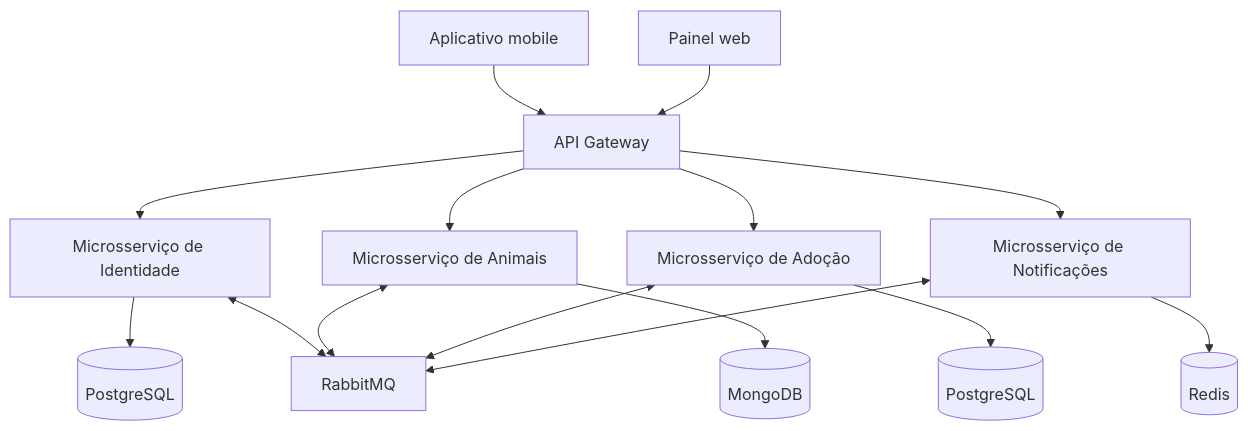
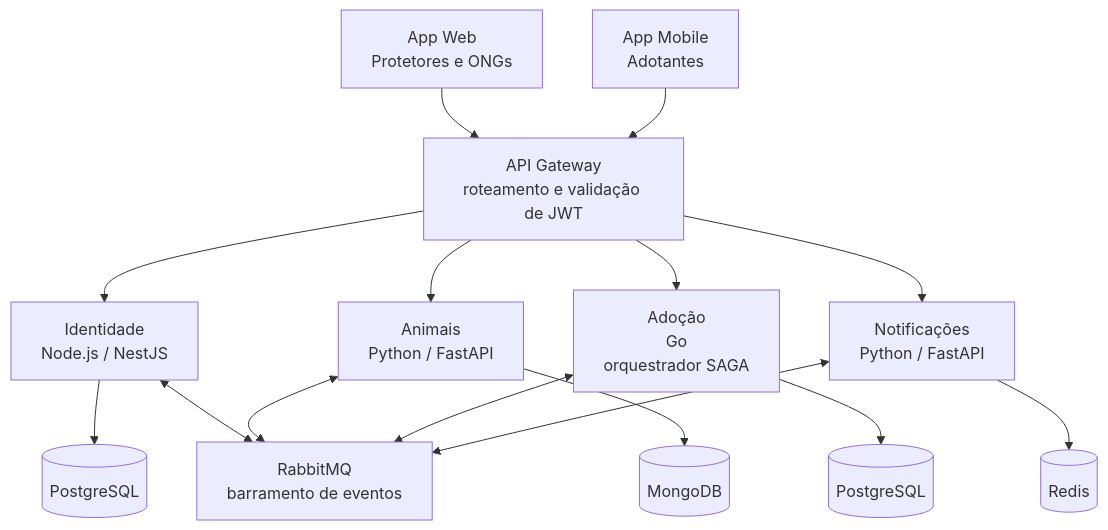
Before and after one commit to gxbreus/ampara: the first of 2 diagrams in docs/arquitetura.md, drawn with Mermaid. The commit also changed other lines of this file and 2 other files, not shown here.

````diff
--- a/docs/arquitetura.md
+++ b/docs/arquitetura.md
@@ -5,20 +5,20 @@
 ```mermaid
 flowchart TB
-    Mobile[Aplicativo mobile] --> Gateway[API Gateway]
-    Web[Painel web] --> Gateway
+    Web[App Web<br/>Protetores e ONGs] --> Gateway[API Gateway<br/>roteamento e validação de JWT]
+    Mobile[App Mobile<br/>Adotantes] --> Gateway
 
-    Gateway --> Identidade[Microsserviço de Identidade]
-    Gateway --> Animais[Microsserviço de Animais]
-    Gateway --> Adocao[Microsserviço de Adoção]
-    Gateway --> Notificacoes[Microsserviço de Notificações]
+    Gateway --> Identidade[Identidade<br/>Node.js / NestJS]
+    Gateway --> Animais[Animais<br/>Python / FastAPI]
+    Gateway --> Adocao[Adoção<br/>Go<br/>orquestrador SAGA]
+    Gateway --> Notificacoes[Notificações<br/>Python / FastAPI]
 
-    Identidade --> DB1[(PostgreSQL)]
-    Animais --> DB2[(MongoDB)]
-    Adocao --> DB3[(PostgreSQL)]
-    Notificacoes --> DB4[(Redis)]
+    Identidade --> PostgreSQLIdentidade[(PostgreSQL)]
+    Animais --> MongoDB[(MongoDB)]
+    Adocao --> PostgreSQLAdocao[(PostgreSQL)]
+    Notificacoes --> Redis[(Redis)]
 
-    Identidade <--> Eventos[RabbitMQ]
-    Animais <--> Eventos
-    Adocao <--> Eventos
-    Notificacoes <--> Eventos
+    Identidade <--> RabbitMQ[RabbitMQ<br/>barramento de eventos]
+    Animais <--> RabbitMQ
+    Adocao <--> RabbitMQ
+    Notificacoes <--> RabbitMQ
 ```
````
